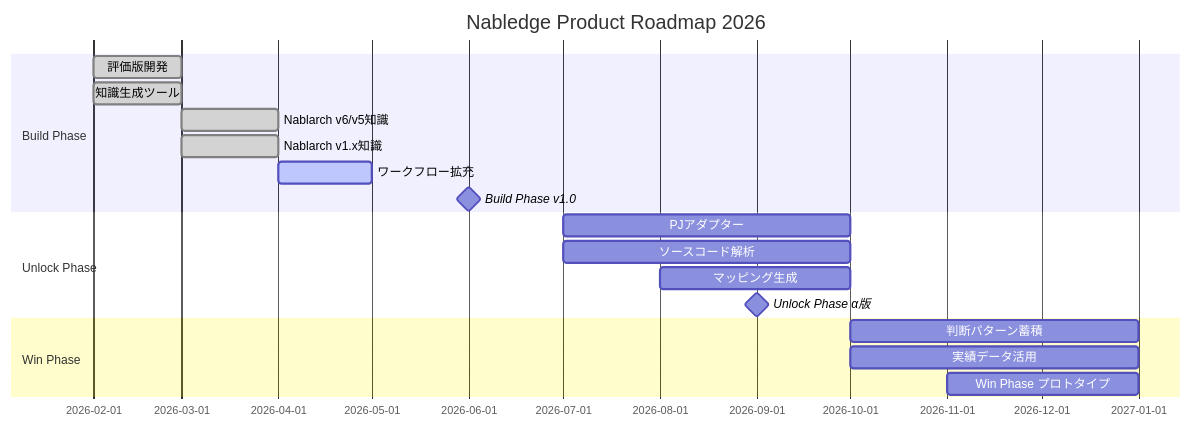
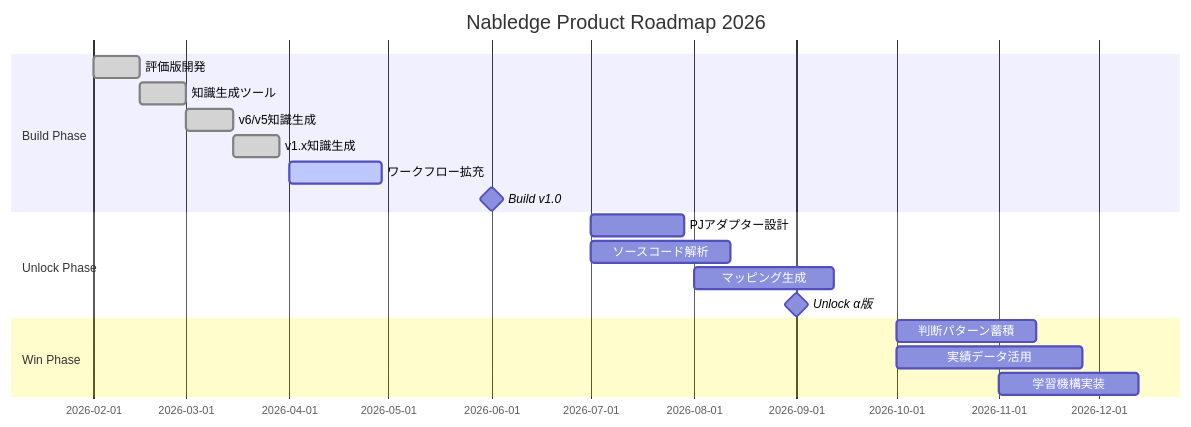
The diagram in doc/development-status.md (nablarch/nabledge-dev), drawn with Mermaid before and after one commit.

Commit message:
Change roadmap to weekly breakdown
Changes:
- Use weekly time units (2w, 4w, 6w) instead of monthly
- dateFormat: YYYY-MM-DD for precise weekly display
- Show development duration more clearly

Build Phase: 2-6 weeks per task
Unlock Phase: 4-6 weeks per feature
Win Phase: 6-8 weeks per capability

````diff
--- a/doc/development-status.md
+++ b/doc/development-status.md
@@ -19,24 +19,24 @@
 ```mermaid
 gantt
     title Nabledge Product Roadmap 2026
-    dateFormat YYYY-MM
+    dateFormat YYYY-MM-DD
 
     section Build Phase
-    評価版開発                :done, 2026-02, 1M
-    知識生成ツール            :done, 2026-02, 1M
-    Nablarch v6/v5知識       :done, 2026-03, 1M
-    Nablarch v1.x知識        :done, 2026-03, 1M
-    ワークフロー拡充          :active, 2026-04, 1M
-    Build Phase v1.0        :milestone, 2026-06, 0M
+    評価版開発                :done, 2026-02-01, 2w
+    知識生成ツール            :done, 2026-02-15, 2w
+    v6/v5知識生成            :done, 2026-03-01, 2w
+    v1.x知識生成             :done, 2026-03-15, 2w
+    ワークフロー拡充          :active, 2026-04-01, 4w
+    Build v1.0              :milestone, 2026-06-01, 0d
 
     section Unlock Phase
-    PJアダプター             :2026-07, 3M
-    ソースコード解析          :2026-07, 3M
-    マッピング生成           :2026-08, 2M
-    Unlock Phase α版        :milestone, 2026-09, 0M
+    PJアダプター設計          :2026-07-01, 4w
+    ソースコード解析          :2026-07-01, 6w
+    マッピング生成           :2026-08-01, 6w
+    Unlock α版              :milestone, 2026-09-01, 0d
 
     section Win Phase
-    判断パターン蓄積          :2026-10, 3M
-    実績データ活用           :2026-10, 3M
-    Win Phase プロトタイプ   :2026-11, 2M
+    判断パターン蓄積          :2026-10-01, 6w
+    実績データ活用           :2026-10-01, 8w
+    学習機構実装             :2026-11-01, 6w
 ```
````
